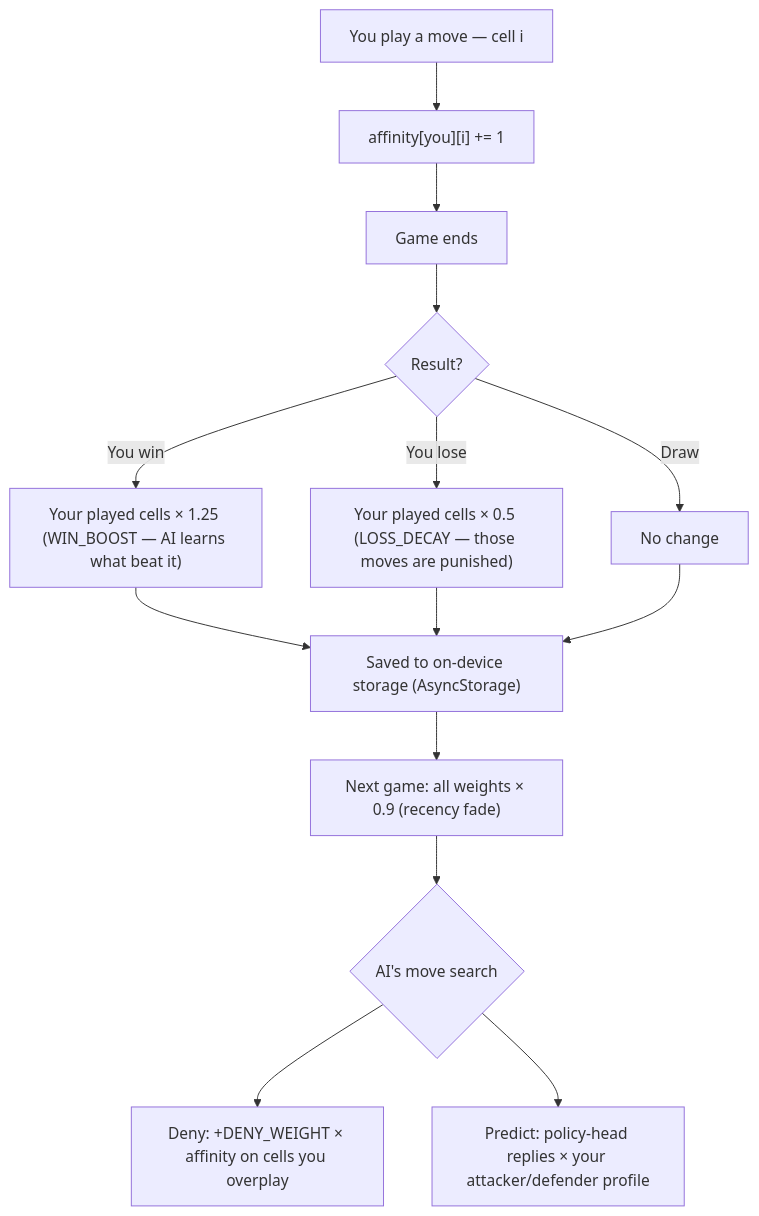
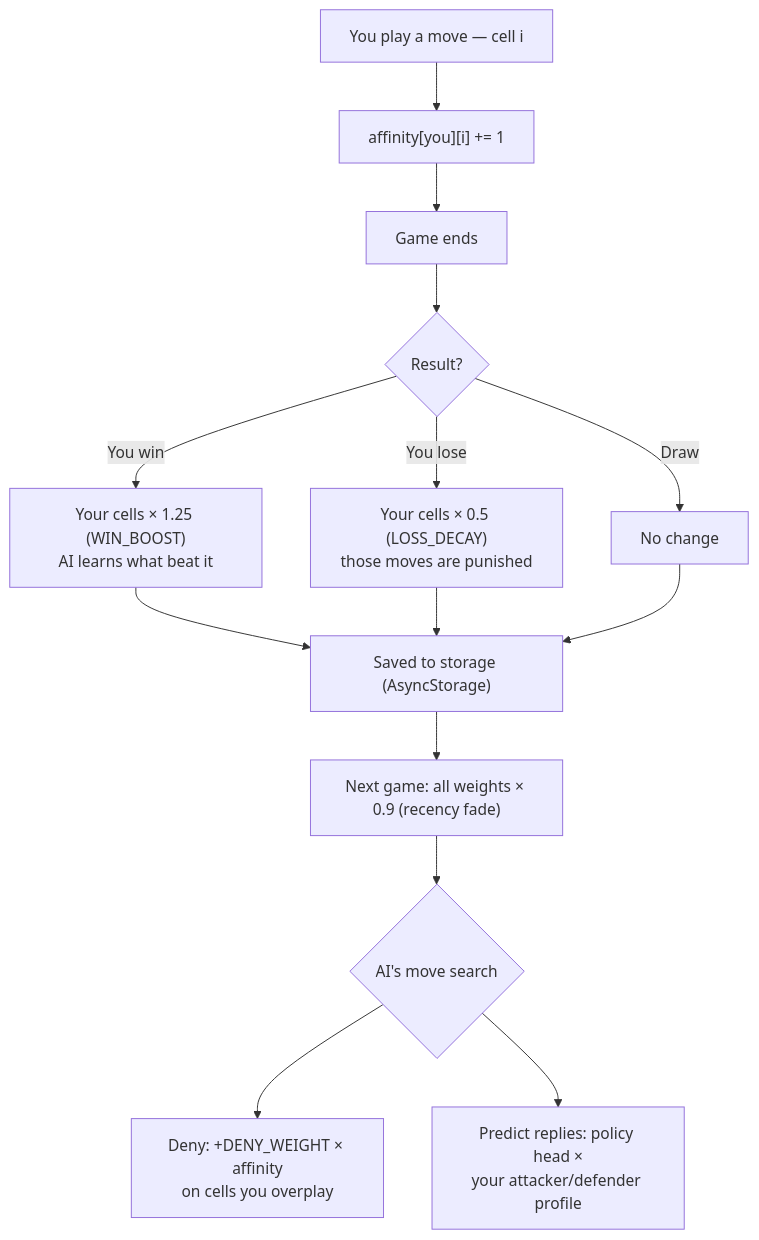
Diagram 11 of 12 in README.md (darkslayer-ns/3d-tiktactoe), drawn with Mermaid before and after one commit. The commit also changed other lines of this file, not shown here.

First line of the commit message:
docs: compact mermaid labels + Go-solver dataset generation

````diff
--- a/README.md
+++ b/README.md
@@ -402,16 +430,16 @@
 ```mermaid
 flowchart TD
     A["You play a move — cell i"] --> B["affinity[you][i] += 1"]
     B --> C["Game ends"]
     C --> R{"Result?"}
-    R -->|"You win"| W["Your played cells × 1.25 (WIN_BOOST — AI learns what beat it)"]
-    R -->|"You lose"| L["Your played cells × 0.5 (LOSS_DECAY — those moves are punished)"]
+    R -->|"You win"| W["Your cells × 1.25 (WIN_BOOST)<br/>AI learns what beat it"]
+    R -->|"You lose"| L["Your cells × 0.5 (LOSS_DECAY)<br/>those moves are punished"]
     R -->|"Draw"| N["No change"]
-    W --> P["Saved to on-device storage (AsyncStorage)"]
+    W --> P["Saved to storage (AsyncStorage)"]
     L --> P
     N --> P
     P --> F["Next game: all weights × 0.9 (recency fade)"]
     F --> S{"AI's move search"}
-    S --> D1["Deny: +DENY_WEIGHT × affinity on cells you overplay"]
-    S --> D2["Predict: policy-head replies × your attacker/defender profile"]
+    S --> D1["Deny: +DENY_WEIGHT × affinity<br/>on cells you overplay"]
+    S --> D2["Predict replies: policy head ×<br/>your attacker/defender profile"]
 ```
````
